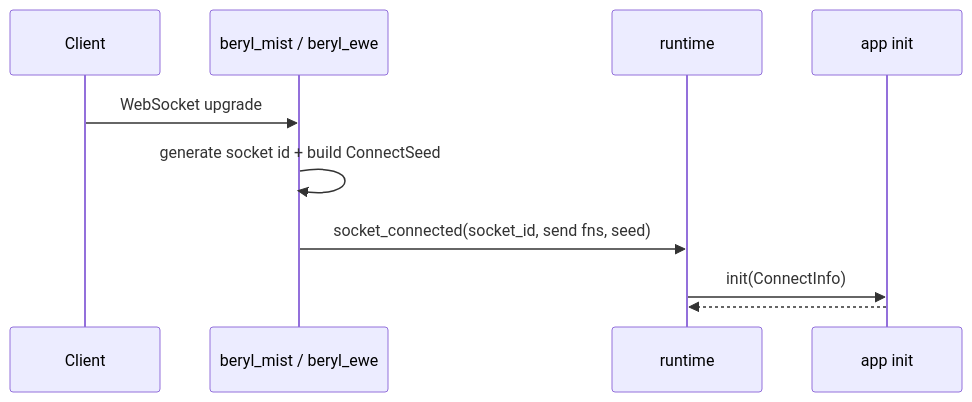
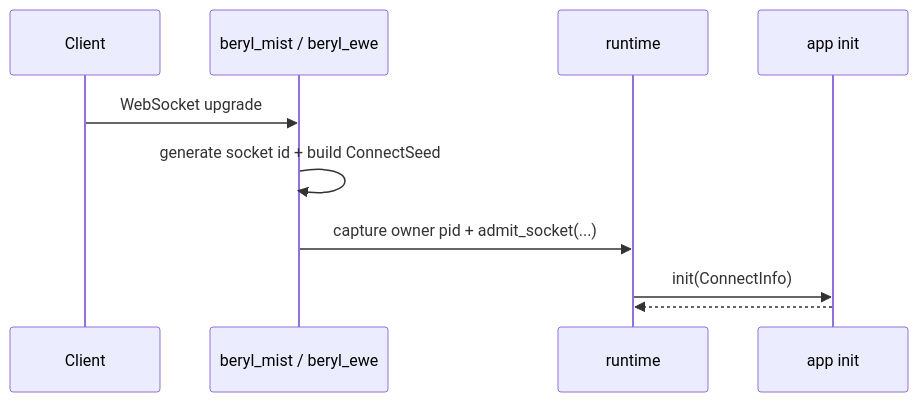
The third of 11 diagrams in docs/architecture-deck.md (tylerbutler/beryl), drawn with Mermaid before and after one commit. The commit also changed other lines of this file and 30 other files, not shown here.

````diff
--- a/docs/architecture-deck.md
+++ b/docs/architecture-deck.md
@@ -168,12 +168,12 @@
 ```mermaid
 sequenceDiagram
   participant Client
   participant Transport as beryl_mist / beryl_ewe
   participant Runtime as runtime
   participant App as app init
   Client->>Transport: WebSocket upgrade
   Transport->>Transport: generate socket id + build ConnectSeed
-  Transport->>Runtime: socket_connected(socket_id, send fns, seed)
+  Transport->>Runtime: capture owner pid + admit_socket(...)
   Runtime->>App: init(ConnectInfo)
   App-->>Runtime: #(model, init effects)
 ```
````
